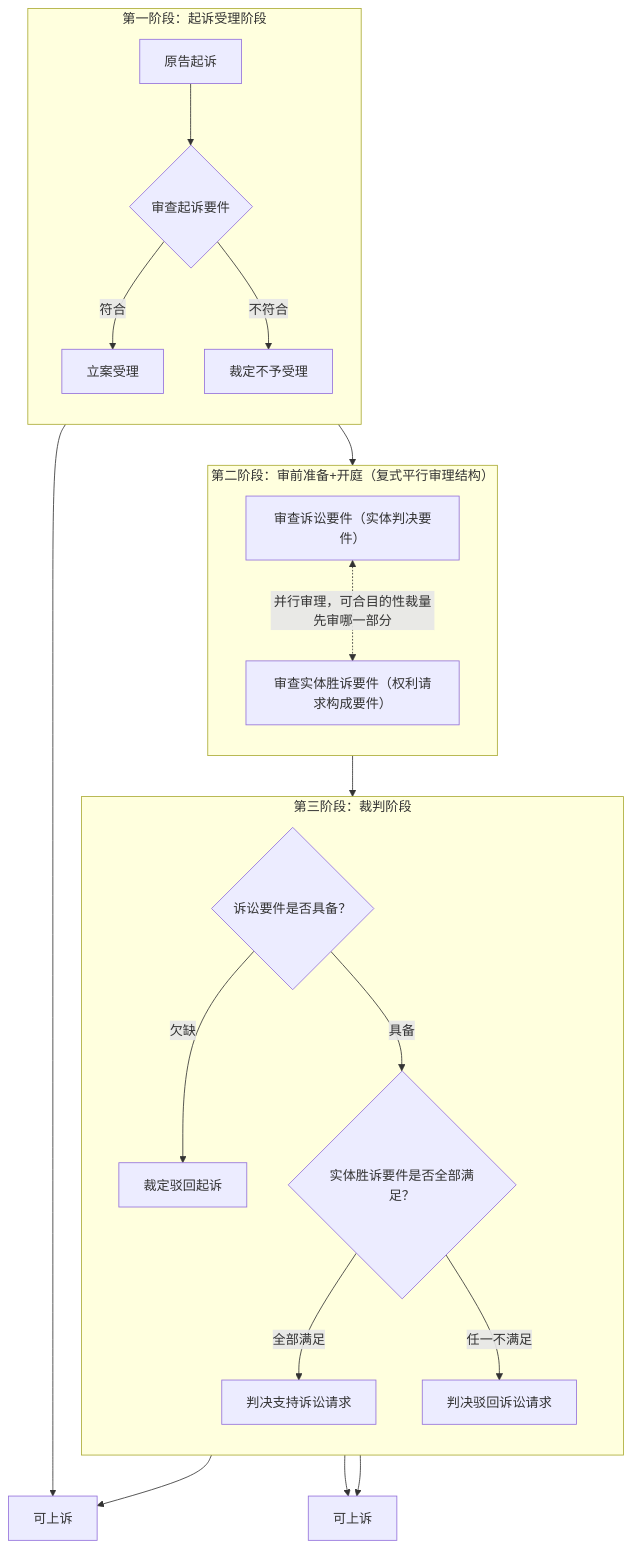
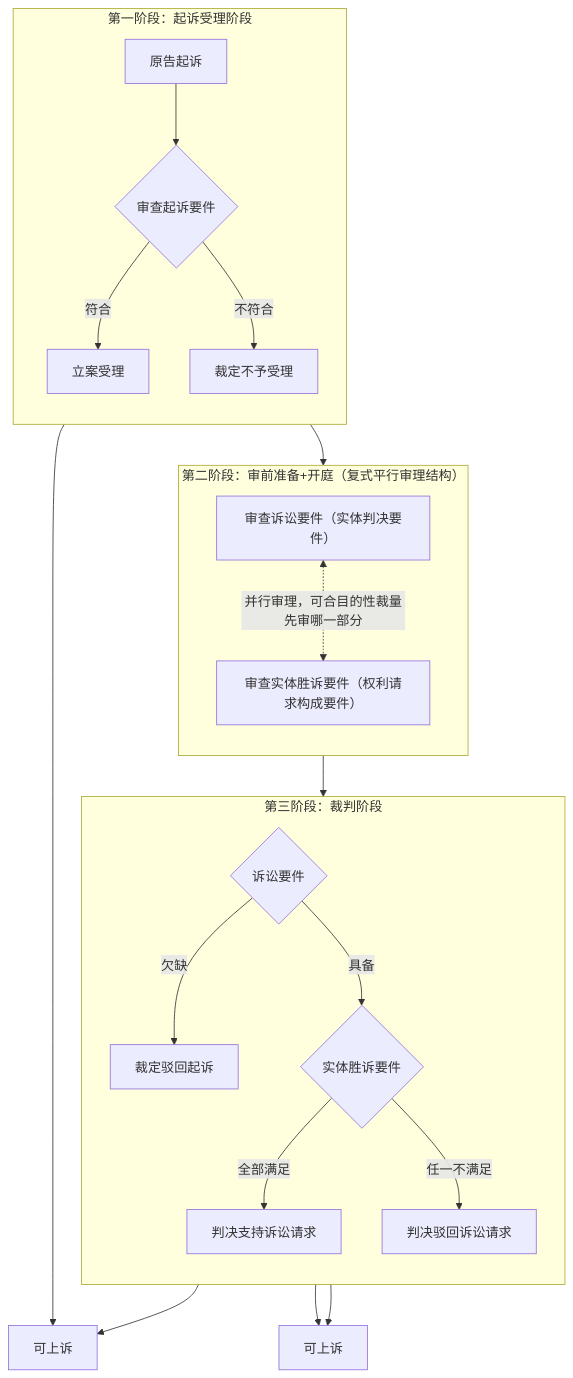
The third of 11 diagrams in content/法学/民商法/民事诉讼法/X 第一审普通程序.md (chilly-chilli/ChillyChilli), drawn with Mermaid before and after one commit. The commit also changed other lines of this file and 10 other files, not shown here.

````diff
--- a/content/法学/民商法/民事诉讼法/X 第一审普通程序.md
+++ b/content/法学/民商法/民事诉讼法/X 第一审普通程序.md
@@ -128,34 +128,34 @@
 ```mermaid
 flowchart TB
     subgraph Stage1["第一阶段：起诉受理阶段"]
         direction TB
         A[原告起诉] --> B{"审查起诉要件"}
         B -->|符合| C[立案受理]
         B -->|不符合| D[裁定不予受理]
     end
 
     C --> Stage2
 
     subgraph Stage2["第二阶段：审前准备+开庭（复式平行审理结构）"]
         direction TB
         E["审查诉讼要件（实体判决要件）"]
         F["审查实体胜诉要件（权利请求构成要件）"]
         E <-.->|"并行审理，可合目的性裁量先审哪一部分"| F
     end
 
     Stage2 --> Stage3
 
     subgraph Stage3["第三阶段：裁判阶段"]
         direction TB
-        G{"诉讼要件是否具备？"}
+        G{"诉讼要件"}
         G -->|欠缺| H[裁定驳回起诉]
-        G -->|具备| I{"实体胜诉要件是否全部满足？"}
+        G -->|具备| I{"实体胜诉要件"}
         I -->|全部满足| J[判决支持诉讼请求]
         I -->|任一不满足| K[判决驳回诉讼请求]
     end
 
     D --> L[可上诉]
     H --> L
     J --> M[可上诉]
     K --> M
 ```
````
